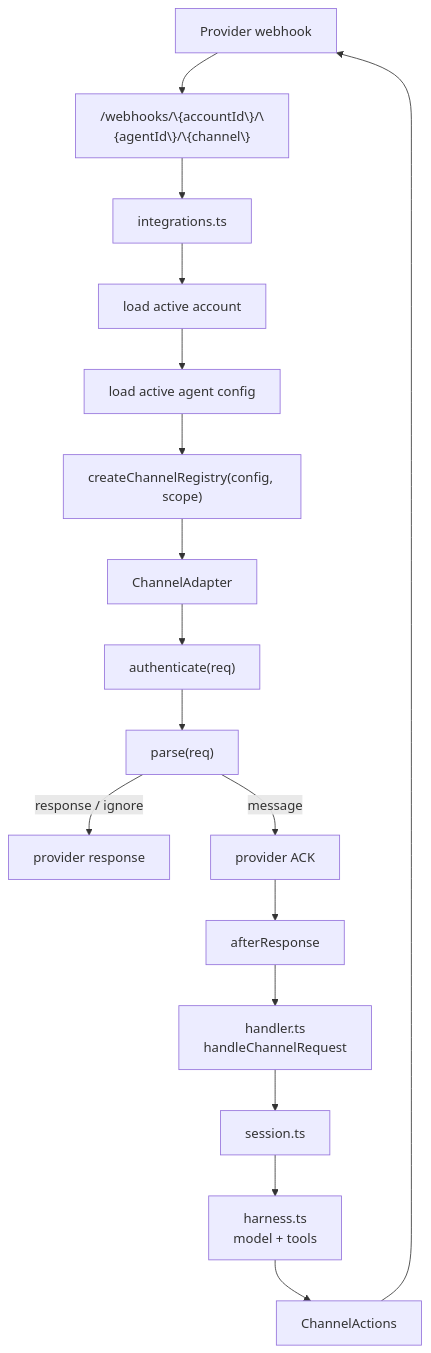
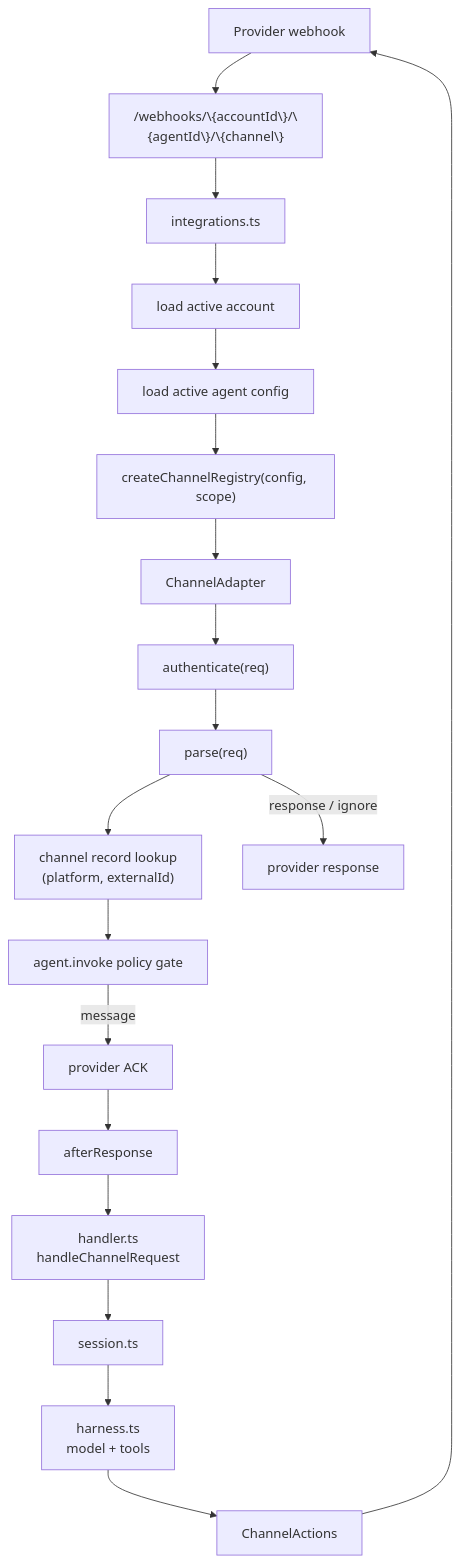
The first of 2 diagrams in apps/docs/docs/channels/index.md (beeblastco/broods), drawn with Mermaid before and after one commit. The commit also changed other lines of this file and 13 other files, not shown here.

````diff
--- a/apps/docs/docs/channels/index.md
+++ b/apps/docs/docs/channels/index.md
@@ -22,19 +28,21 @@
 ```mermaid
 flowchart TD
   Provider["Provider webhook"] --> Url["/webhooks/\{accountId\}/\{agentId\}/\{channel\}"]
   Url --> Integrations["integrations.ts"]
   Integrations --> Account["load active account"]
   Account --> Agent["load active agent config"]
   Agent --> Registry["createChannelRegistry(config, scope)"]
   Registry --> Adapter["ChannelAdapter"]
   Adapter --> Auth["authenticate(req)"]
   Auth --> Parse["parse(req)"]
+  Parse --> Record["channel record lookup<br/>(platform, externalId)"]
+  Record --> Gate["agent.invoke policy gate"]
   Parse -->|"response / ignore"| ProviderAck["provider response"]
-  Parse -->|"message"| Ack["provider ACK"]
+  Gate -->|"message"| Ack["provider ACK"]
   Ack --> After["afterResponse"]
   After --> Handler["handler.ts<br/>handleChannelRequest"]
   Handler --> Session["session.ts"]
   Session --> Harness["harness.ts<br/>model + tools"]
   Harness --> Actions["ChannelActions"]
   Actions --> Provider
 ```
````
